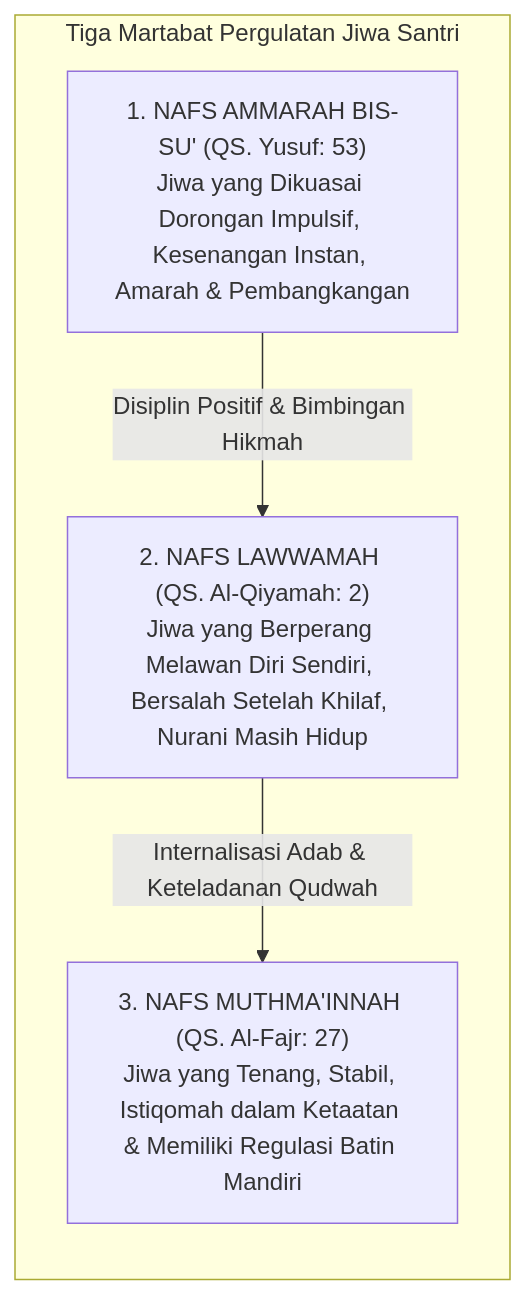
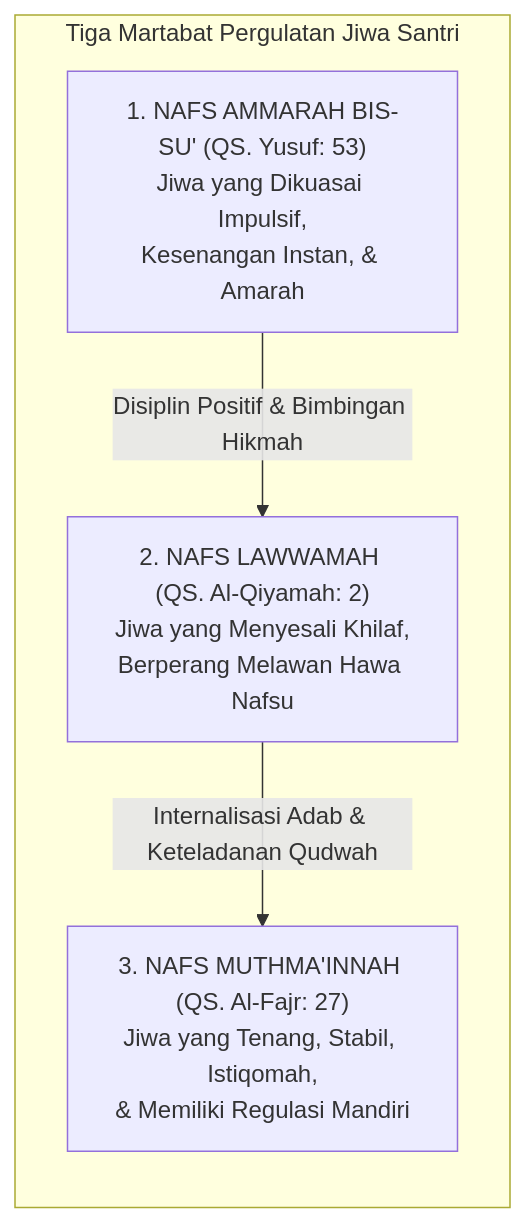
The third of 6 diagrams in BOOK Series 1/01-The-Fundamental-of-TUMBUH/Bab-04-Antropologi-Jiwa-Santri-Hakikat-Fitrah-dan-Komponen-Kejiwaan.md (wandiapriliyandi/tumbuh), drawn with Mermaid before and after one commit. The commit also changed other lines of this file and 37 other files, not shown here.

Commit message:
fix(book-01): optimasi pemenggalan teks dan overflow seluruh diagram serta render ulang 20 PDF

````diff
--- a/BOOK Series 1/01-The-Fundamental-of-TUMBUH/Bab-04-Antropologi-Jiwa-Santri-Hakikat-Fitrah-dan-Komponen-Kejiwaan.md
+++ b/BOOK Series 1/01-The-Fundamental-of-TUMBUH/Bab-04-Antropologi-Jiwa-Santri-Hakikat-Fitrah-dan-Komponen-Kejiwaan.md
@@ -96,12 +96,12 @@
 ```mermaid
 graph TD
     subgraph TINGKATAN_NAFS_ALQURAN["Tiga Martabat Pergulatan Jiwa Santri"]
         direction TB
-        M["3. NAFS MUTHMA'INNAH (QS. Al-Fajr: 27)<br/>Jiwa yang Tenang, Stabil, Istiqomah dalam Ketaatan & Memiliki Regulasi Batin Mandiri"]
-        L["2. NAFS LAWWAMAH (QS. Al-Qiyamah: 2)<br/>Jiwa yang Berperang Melawan Diri Sendiri, Bersalah Setelah Khilaf, Nurani Masih Hidup"]
-        A["1. NAFS AMMARAH BIS-SU' (QS. Yusuf: 53)<br/>Jiwa yang Dikuasai Dorongan Impulsif, Kesenangan Instan, Amarah & Pembangkangan"]
+        M["3. NAFS MUTHMA'INNAH (QS. Al-Fajr: 27)<br/>Jiwa yang Tenang, Stabil, Istiqomah,<br/>& Memiliki Regulasi Mandiri"]
+        L["2. NAFS LAWWAMAH (QS. Al-Qiyamah: 2)<br/>Jiwa yang Menyesali Khilaf,<br/>Berperang Melawan Hawa Nafsu"]
+        A["1. NAFS AMMARAH BIS-SU' (QS. Yusuf: 53)<br/>Jiwa yang Dikuasai Impulsif,<br/>Kesenangan Instan, & Amarah"]
 
         A -->|Disiplin Positif & Bimbingan Hikmah| L
         L -->|Internalisasi Adab & Keteladanan Qudwah| M
     end
 ```
````
